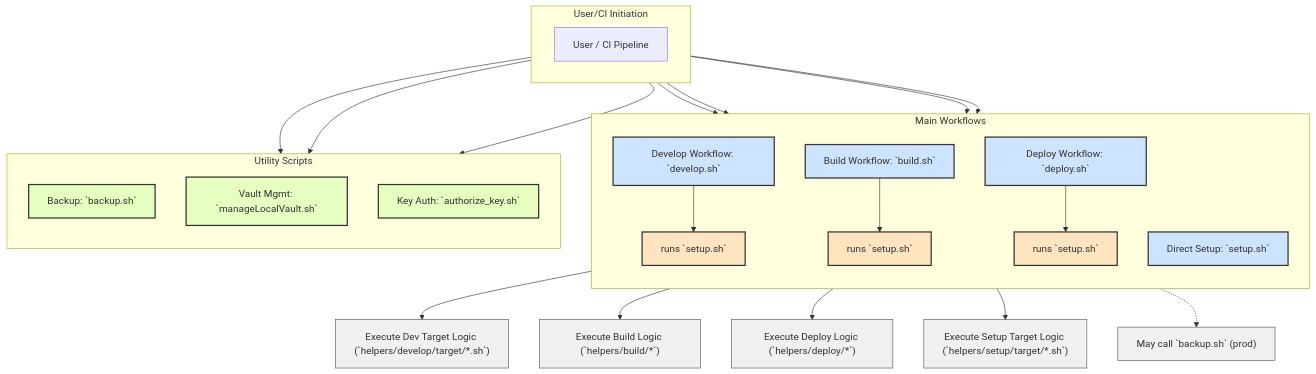
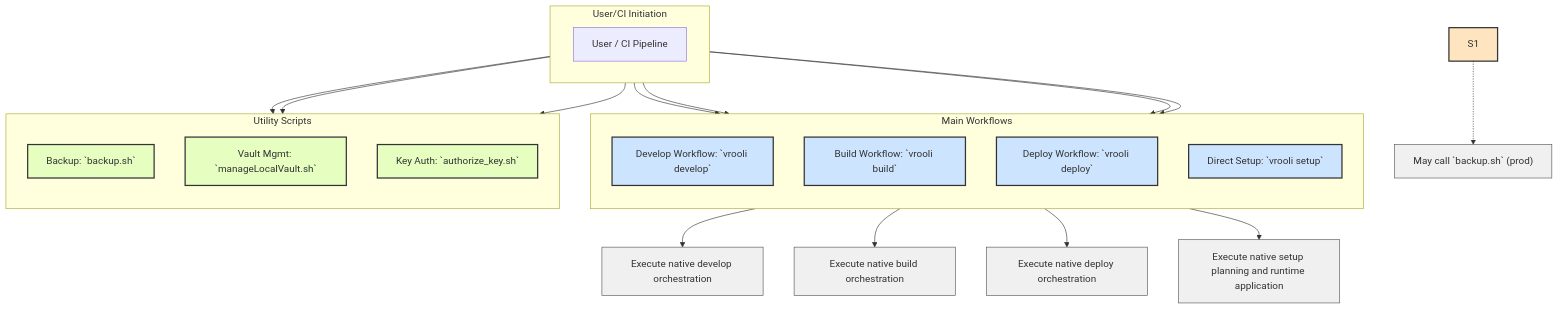
Before and after one commit to Vrooli/Vrooli: the third of 5 diagrams in docs/devops/README.md, drawn with Mermaid. The commit also changed other lines of this file and 33 other files, not shown here.

````diff
--- a/docs/devops/README.md
+++ b/docs/devops/README.md
@@ -285,47 +285,47 @@
 ```mermaid
 graph TD
     subgraph "User/CI Initiation"
         direction LR
         UserCI["User / CI Pipeline"]
     end
 
     subgraph "Main Workflows"
         direction TB
-        A[Develop Workflow: `develop.sh`] --> S1[runs `setup.sh`]
-        B[Build Workflow: `build.sh`] --> S2[runs `setup.sh`]
-        C[Deploy Workflow: `deploy.sh`] --> S3[runs `setup.sh`]
-        D[Direct Setup: `setup.sh`]
+        A[Develop Workflow: `vrooli develop`]
+        B[Build Workflow: `vrooli build`]
+        C[Deploy Workflow: `vrooli deploy`]
+        D[Direct Setup: `vrooli setup`]
     end
 
     subgraph "Utility Scripts"
         direction TB
         E[Backup: `backup.sh`]
         F[Vault Mgmt: `manageLocalVault.sh`]
         G[Key Auth: `authorize_key.sh`]
     end
 
     UserCI --> A
     UserCI --> B
     UserCI --> C
     UserCI --> D
     UserCI --> E
     UserCI --> F
     UserCI --> G
     
-    S1 --> DevTarget["Execute Dev Target Logic (`helpers/develop/target/*.sh`)"]
-    S2 --> BuildArtifacts["Execute Build Logic (`helpers/build/*`)"]
-    S3 --> DeployArtifacts["Execute Deploy Logic (`helpers/deploy/*`)"]
-    D --> SetupTarget["Execute Setup Target Logic (`helpers/setup/target/*.sh`)"]
+    A --> DevTarget["Execute native develop orchestration"]
+    B --> BuildArtifacts["Execute native build orchestration"]
+    C --> DeployArtifacts["Execute native deploy orchestration"]
+    D --> SetupTarget["Execute native setup planning and runtime application"]
     
     S1 -.-> E_cond["May call `backup.sh` (prod)"]
 
     classDef main fill:#cde4ff,stroke:#333,stroke-width:2px;
     classDef util fill:#e6ffc0,stroke:#333,stroke-width:2px;
     classDef setup fill:#ffe4c0,stroke:#333,stroke-width:2px;
     classDef internal fill:#f0f0f0,stroke:#555,stroke-width:1px;
 
     class A,B,C,D main;
     class E,F,G util;
     class S1,S2,S3 setup;
     class DevTarget,BuildArtifacts,DeployArtifacts,SetupTarget,E_cond internal;
 ```
````
